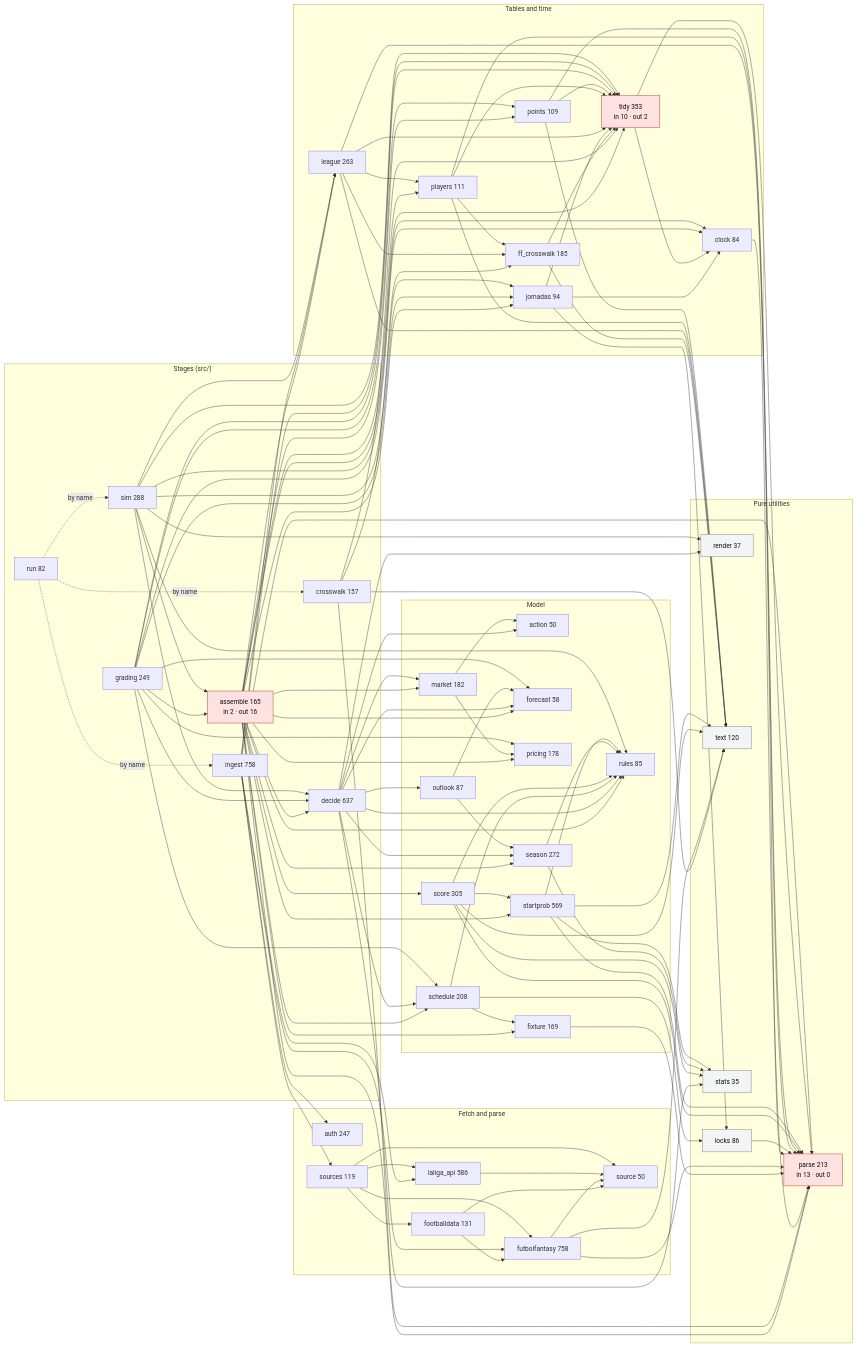
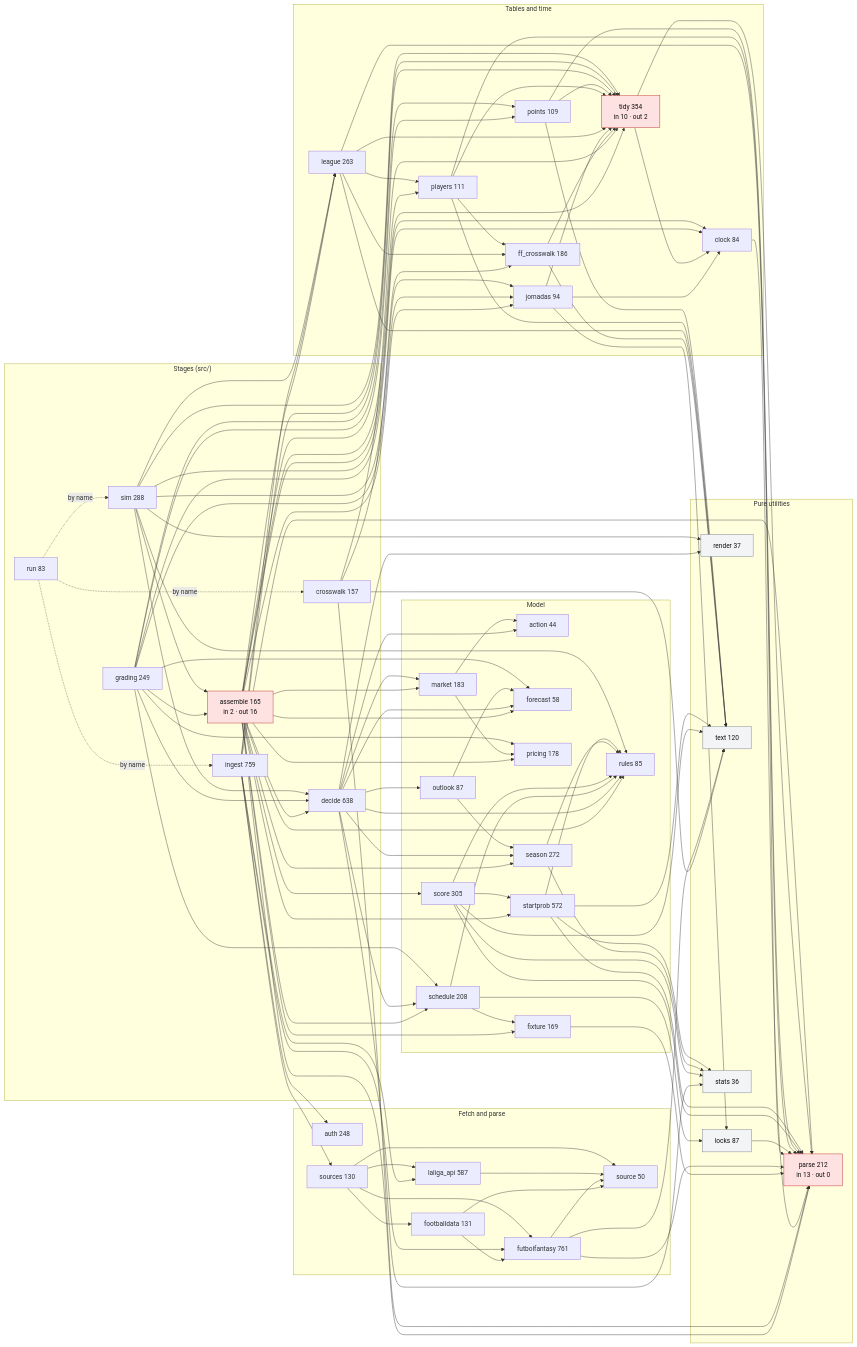
Before and after one commit to OrsM/liga_five_guys: the diagram in docs/modules.mmd, drawn with Mermaid. The commit also changed 32 other files, not shown here.

```diff
--- a/docs/modules.mmd
+++ b/docs/modules.mmd
@@ -1,155 +1,155 @@
 flowchart LR
     classDef hub fill:#fee2e2,stroke:#b91c1c,color:#111
     classDef leaf fill:#f3f4f6,stroke:#6b7280,color:#111
     subgraph stages["Stages (src/)"]
         assemble["assemble 165<br/>in 2 · out 16"]:::hub
         crosswalk["crosswalk 157"]
-        decide["decide 637"]
+        decide["decide 638"]
         grading["grading 249"]
-        ingest["ingest 758"]
-        run["run 82"]
+        ingest["ingest 759"]
+        run["run 83"]
         sim["sim 288"]
     end
     subgraph fetch["Fetch and parse"]
-        auth["auth 247"]
+        auth["auth 248"]
         footballdata["footballdata 131"]
-        futbolfantasy["futbolfantasy 758"]
-        laliga_api["laliga_api 586"]
+        futbolfantasy["futbolfantasy 761"]
+        laliga_api["laliga_api 587"]
         source["source 50"]
-        sources["sources 119"]
+        sources["sources 130"]
     end
     subgraph data["Tables and time"]
         clock["clock 84"]
-        ff_crosswalk["ff_crosswalk 185"]
+        ff_crosswalk["ff_crosswalk 186"]
         jornadas["jornadas 94"]
         league["league 263"]
         players["players 111"]
         points["points 109"]
-        tidy["tidy 353<br/>in 10 · out 2"]:::hub
+        tidy["tidy 354<br/>in 10 · out 2"]:::hub
     end
     subgraph model["Model"]
-        action["action 50"]
+        action["action 44"]
         fixture["fixture 169"]
         forecast["forecast 58"]
-        market["market 182"]
+        market["market 183"]
         outlook["outlook 87"]
         pricing["pricing 178"]
         rules["rules 85"]
         schedule["schedule 208"]
         score["score 305"]
         season["season 272"]
-        startprob["startprob 569"]
+        startprob["startprob 572"]
     end
     subgraph util["Pure utilities"]
-        locks["locks 86"]:::leaf
-        parse["parse 213<br/>in 13 · out 0"]:::hub
+        locks["locks 87"]:::leaf
+        parse["parse 212<br/>in 13 · out 0"]:::hub
         render["render 37"]:::leaf
         text["text 120"]:::leaf
-        stats["stats 35"]:::leaf
+        stats["stats 36"]:::leaf
     end
     run -. "by name" .-> ingest
     run -. "by name" .-> crosswalk
     run -. "by name" .-> sim
     assemble --> decide
     assemble --> fixture
     assemble --> forecast
     assemble --> jornadas
     assemble --> league
     assemble --> market
     assemble --> parse
     assemble --> players
     assemble --> points
     assemble --> pricing
     assemble --> rules
     assemble --> schedule
     assemble --> score
     assemble --> season
     assemble --> startprob
     assemble --> tidy
     crosswalk --> ff_crosswalk
     crosswalk --> parse
     crosswalk --> text
     crosswalk --> tidy
     decide --> action
     decide --> forecast
     decide --> market
     decide --> outlook
     decide --> render
     decide --> rules
     decide --> schedule
     decide --> season
     decide --> stats
     clock --> parse
     ff_crosswalk --> text
     ff_crosswalk --> tidy
     fixture --> parse
     footballdata --> futbolfantasy
     footballdata --> source
     futbolfantasy --> parse
     futbolfantasy --> source
     futbolfantasy --> text
     jornadas --> clock
     jornadas --> locks
     jornadas --> tidy
     laliga_api --> source
     league --> ff_crosswalk
     league --> parse
     league --> players
     league --> text
     league --> tidy
     locks --> parse
     market --> action
     market --> pricing
     outlook --> forecast
     outlook --> season
     players --> ff_crosswalk
     players --> parse
     players --> text
     players --> tidy
     points --> parse
     points --> text
     points --> tidy
     schedule --> fixture
     schedule --> locks
     schedule --> rules
     score --> parse
     score --> rules
     score --> startprob
     score --> text
     score --> stats
     season --> rules
     season --> stats
     startprob --> parse
     startprob --> rules
     startprob --> text
     startprob --> stats
     tidy --> clock
     tidy --> parse
     grading --> assemble
     grading --> decide
     grading --> clock
     grading --> forecast
     grading --> jornadas
     grading --> points
     grading --> pricing
     grading --> schedule
     grading --> tidy
     ingest --> auth
     ingest --> futbolfantasy
     ingest --> laliga_api
     ingest --> league
     ingest --> parse
     ingest --> tidy
     ingest --> sources
     sim --> assemble
     sim --> decide
     sim --> clock
     sim --> jornadas
     sim --> league
     sim --> render
     sim --> rules
     sim --> tidy
     sources --> footballdata
     sources --> futbolfantasy
     sources --> laliga_api
     sources --> source
```
